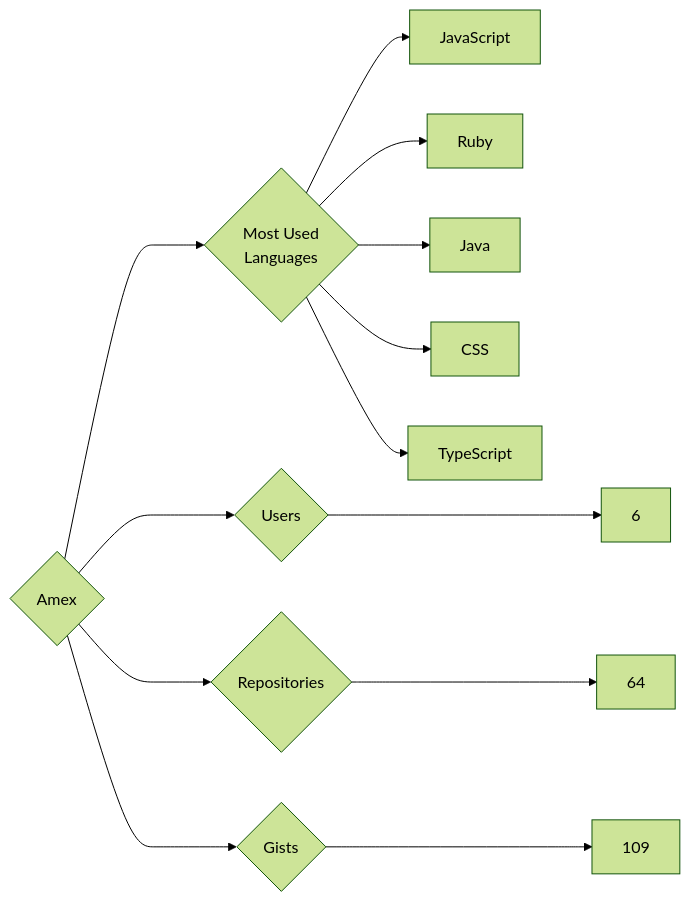
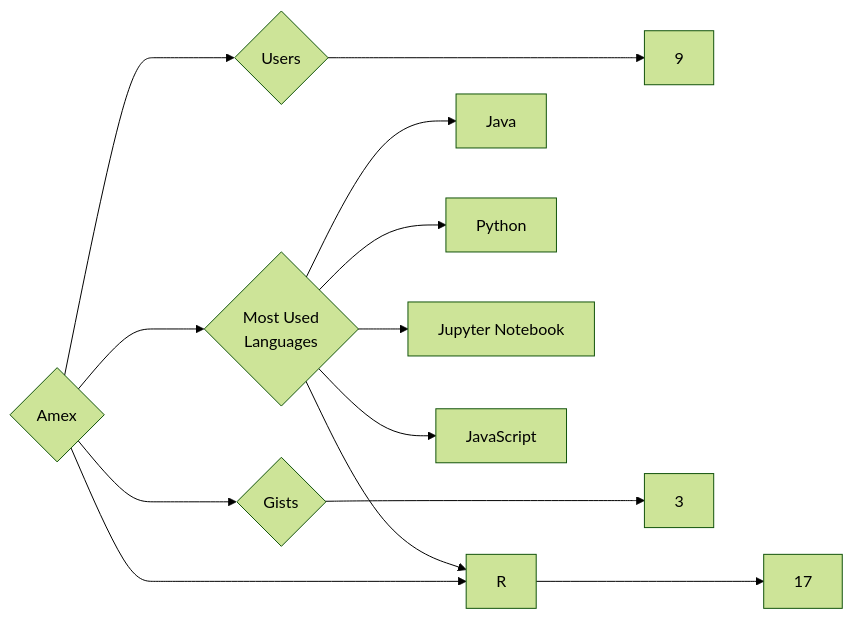
One commit to trickest/insiders changed the diagram in targets/Amex/README.md. Above: the diagram before and after it, drawn with Mermaid (forest theme). The commit also changed 1123 other files, not shown here.

````diff
--- a/targets/Amex/README.md
+++ b/targets/Amex/README.md
@@ -3,13 +3,13 @@
 ```mermaid
 graph LR
 COMPANY_NAME{Amex}
-COMPANY_NAME ---> U{Users} ---> UN[6]
-COMPANY_NAME ---> R{Repositories} ---> RN[64]
-COMPANY_NAME ---> G{Gists} ---> GN[109]
+COMPANY_NAME ---> U{Users} ---> UN[9]
+COMPANY_NAME ---> R{Repositories} ---> RN[17]
+COMPANY_NAME ---> G{Gists} ---> GN[3]
 COMPANY_NAME ---> ML{Most Used<br>Languages}
+ML --> Java[Java]
+ML --> Python[Python]
+ML --> R[R]
+ML --> Jupyter_Notebook[Jupyter Notebook]
 ML --> JavaScript[JavaScript]
-ML --> Ruby[Ruby]
-ML --> Java[Java]
-ML --> CSS[CSS]
-ML --> TypeScript[TypeScript]
 ```
````
